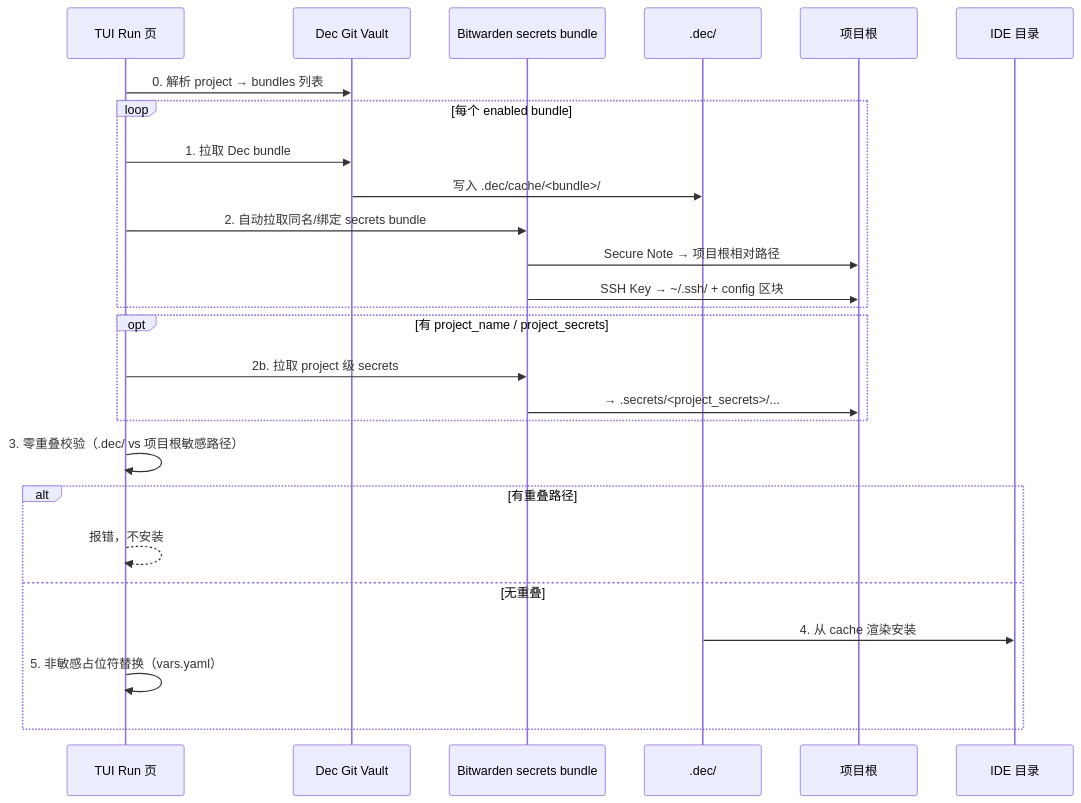
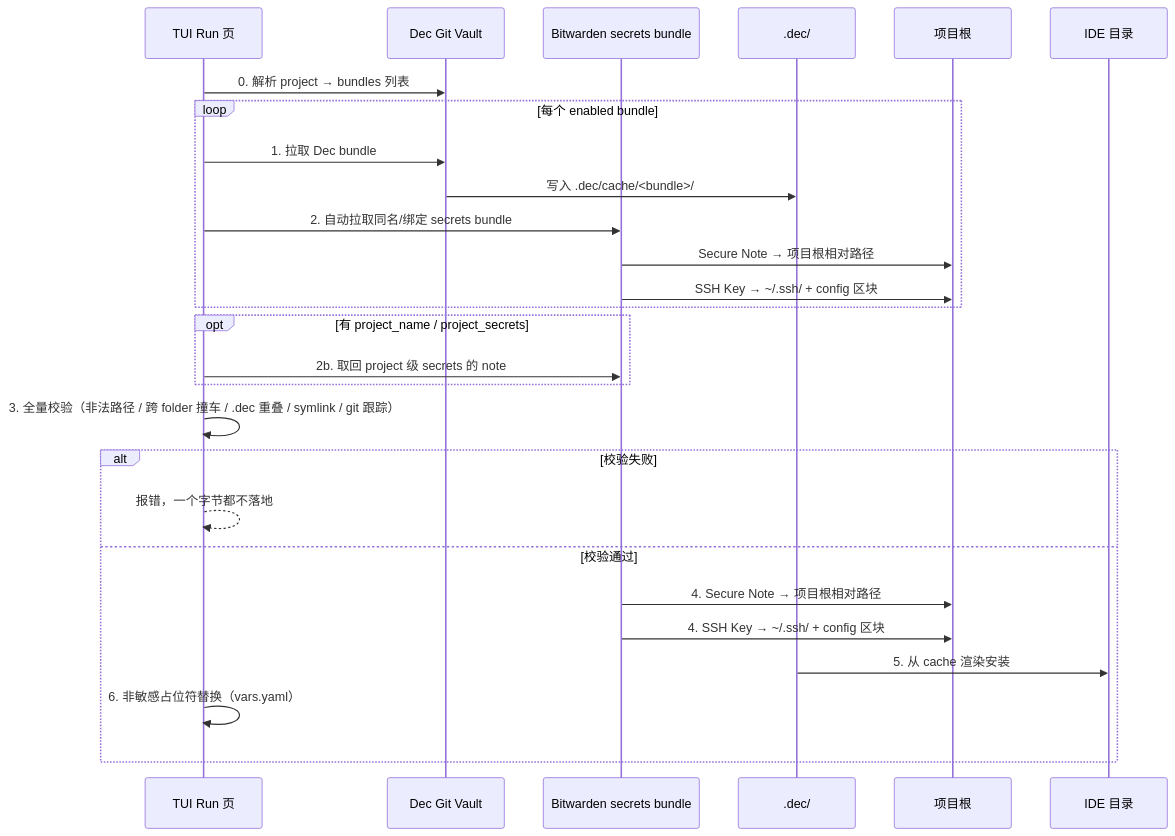
One commit to shichao402/Dec changed the first of 2 diagrams in Documents/BUNDLE-SECRETS-MODEL.md. Above: the diagram before and after it, drawn with Mermaid. The commit also changed other lines of this file and 53 other files, not shown here.

````diff
--- a/Documents/BUNDLE-SECRETS-MODEL.md
+++ b/Documents/BUNDLE-SECRETS-MODEL.md
@@ -223,29 +229,30 @@
 ```mermaid
 sequenceDiagram
   participant TUI as TUI Run 页
   participant Dec as Dec Git Vault
   participant BW as Bitwarden secrets bundle
   participant DecRoot as .dec/
   participant Proj as 项目根
   participant IDE as IDE 目录
 
   TUI->>Dec: 0. 解析 project → bundles 列表
   loop 每个 enabled bundle
     TUI->>Dec: 1. 拉取 Dec bundle
     Dec->>DecRoot: 写入 .dec/cache/<bundle>/
     TUI->>BW: 2. 自动拉取同名/绑定 secrets bundle
     BW->>Proj: Secure Note → 项目根相对路径
     BW->>Proj: SSH Key → ~/.ssh/ + config 区块
   end
   opt 有 project_name / project_secrets
-    TUI->>BW: 2b. 拉取 project 级 secrets
-    BW->>Proj: → .secrets/<project_secrets>/...
+    TUI->>BW: 2b. 取回 project 级 secrets 的 note
   end
-  TUI->>TUI: 3. 零重叠校验（.dec/ vs 项目根敏感路径）
-  alt 有重叠路径
-    TUI-->>TUI: 报错，不安装
-  else 无重叠
-    DecRoot->>IDE: 4. 从 cache 渲染安装
-    TUI->>TUI: 5. 非敏感占位符替换（vars.yaml）
+  TUI->>TUI: 3. 全量校验（非法路径 / 跨 folder 撞车 / .dec 重叠 / symlink / git 跟踪）
+  alt 校验失败
+    TUI-->>TUI: 报错，一个字节都不落地
+  else 校验通过
+    BW->>Proj: 4. Secure Note → 项目根相对路径
+    BW->>Proj: 4. SSH Key → ~/.ssh/ + config 区块
+    DecRoot->>IDE: 5. 从 cache 渲染安装
+    TUI->>TUI: 6. 非敏感占位符替换（vars.yaml）
   end
 ```
````
